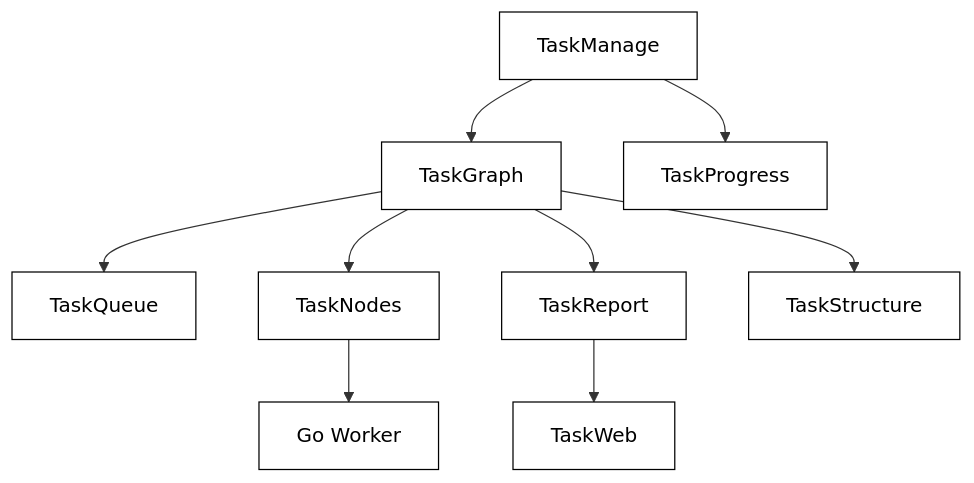
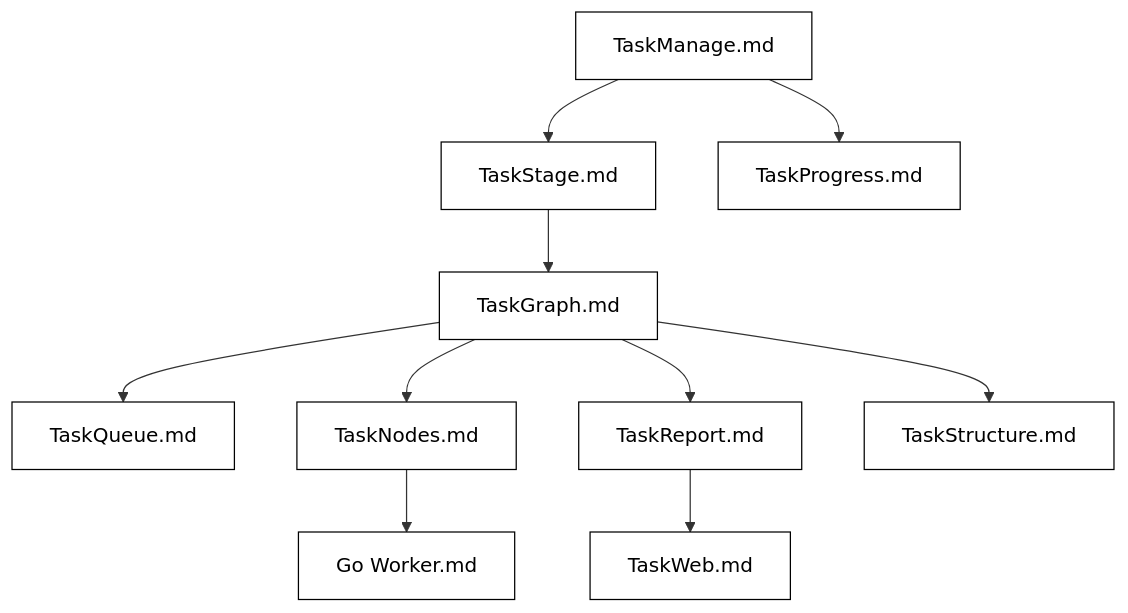
One commit to Mr-xiaotian/CelestialFlow changed the second of 2 diagrams in README.md. Above: the diagram before and after it, drawn with Mermaid. The commit also changed 1 other file, not shown here.

Commit message:
[docs] update

````diff
--- a/README.md
+++ b/README.md
@@ -155,17 +155,17 @@
 ```mermaid
 flowchart TD
     classDef whiteNode fill:#ffffff,stroke:#000000,color:#000000;
 
-    TM[TaskManage] --> TG[TaskGraph]
-    TM --> TP[TaskProgress]
+    TM[TaskManage.md] --> TS[TaskStage.md] --> TG[TaskGraph.md]
+    TM --> TP[TaskProgress.md]
 
-    TG --> TQ[TaskQueue]
-    TG --> TN[TaskNodes]
-    TG --> TR[TaskReport]
-    TG --> TS[TaskStructure]
+    TG --> TQ[TaskQueue.md]
+    TG --> TN[TaskNodes.md]
+    TG --> TR[TaskReport.md]
+    TG --> TSR[TaskStructure.md]
 
-    TR --> TW[TaskWeb]
-    TN --> GW[Go Worker]
+    TR --> TW[TaskWeb.md]
+    TN --> GW[Go Worker.md]
 
-    class TM,TG,TP,TQ,TN,TR,TS,TW,GW whiteNode;
+    class TM,TG,TP,TQ,TN,TR,TS,TW,GW,TSR whiteNode;
 ```
````
